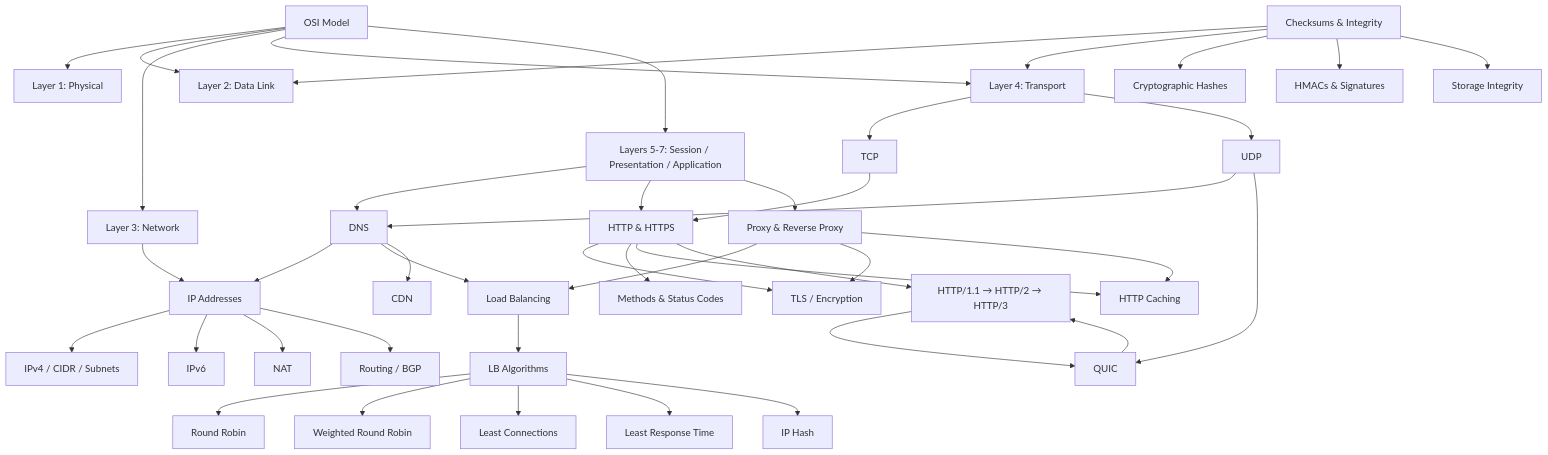
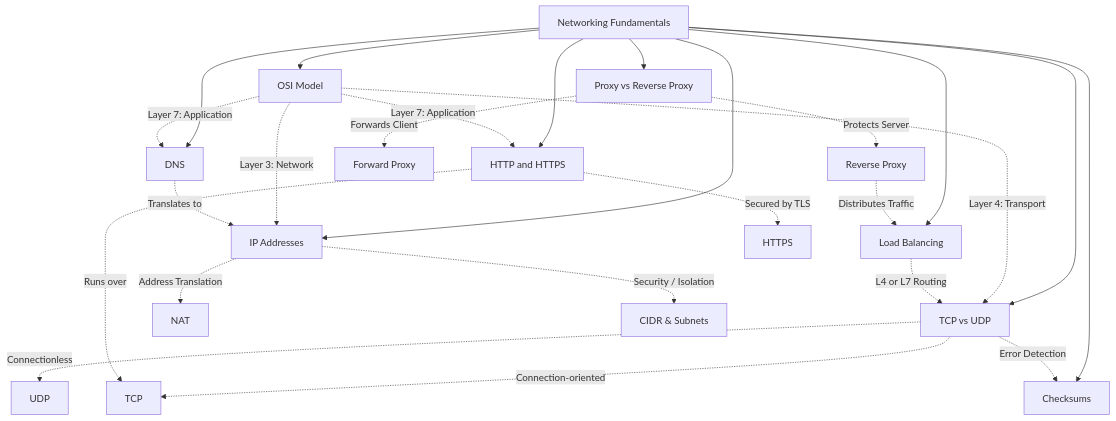
One commit to async-ar15/Lab changed the diagram in HLD/Theory/02 Networking Fundamentals/theory-super.md. Above: the diagram before and after it, drawn with Mermaid. The commit also changed other lines of this file, not shown here.

Commit message:
Add theory-super.md for 02 Networking Fundamentals

````diff
--- a/HLD/Theory/02 Networking Fundamentals/theory-super.md
+++ b/HLD/Theory/02 Networking Fundamentals/theory-super.md
@@ -5,51 +5,34 @@
 ```mermaid
 graph TB
-    OSI[OSI Model] --> L1[Layer 1: Physical]
-    OSI --> L2[Layer 2: Data Link]
-    OSI --> L3[Layer 3: Network]
-    OSI --> L4[Layer 4: Transport]
-    OSI --> L567[Layers 5-7: Session / Presentation / Application]
+    NET[Networking Fundamentals] --> OSI[OSI Model]
+    NET --> IP[IP Addresses]
+    NET --> DNS[DNS]
+    NET --> PROXY[Proxy vs Reverse Proxy]
+    NET --> HTTP[HTTP and HTTPS]
+    NET --> TRANS[TCP vs UDP]
+    NET --> LB[Load Balancing]
+    NET --> CHK[Checksums]
 
-    L3 --> IP[IP Addresses]
-    IP --> IPv4[IPv4 / CIDR / Subnets]
-    IP --> IPv6[IPv6]
-    IP --> NAT[NAT]
-    IP --> ROUTING[Routing / BGP]
+    OSI -.->|Layer 3: Network| IP
+    OSI -.->|Layer 4: Transport| TRANS
+    OSI -.->|Layer 7: Application| HTTP
+    OSI -.->|Layer 7: Application| DNS
 
-    L567 --> DNS[DNS]
-    DNS --> IP
-    DNS --> LB[Load Balancing]
-    DNS --> CDN[CDN]
+    IP -.->|Address Translation| NAT[NAT]
+    IP -.->|Security / Isolation| CIDR[CIDR & Subnets]
 
-    L567 --> HTTP[HTTP & HTTPS]
-    HTTP --> TLS[TLS / Encryption]
-    HTTP --> METHODS[Methods & Status Codes]
-    HTTP --> CACHE[HTTP Caching]
-    HTTP --> VERSIONS[HTTP/1.1 → HTTP/2 → HTTP/3]
-    VERSIONS --> QUIC[QUIC]
+    DNS -.->|Translates to| IP
 
-    L4 --> TCP[TCP]
-    L4 --> UDP[UDP]
-    TCP --> HTTP
-    UDP --> DNS
-    UDP --> QUIC
-    QUIC --> VERSIONS
+    TRANS -.->|Connection-oriented| TCP[TCP]
+    TRANS -.->|Connectionless| UDP[UDP]
+    TRANS -.->|Error Detection| CHK
 
-    L567 --> PROXY[Proxy & Reverse Proxy]
-    PROXY --> LB
-    PROXY --> TLS
-    PROXY --> CACHE
-
-    LB --> ALGOS[LB Algorithms]
-    ALGOS --> RR[Round Robin]
-    ALGOS --> WRR[Weighted Round Robin]
-    ALGOS --> LC[Least Connections]
-    ALGOS --> LRT[Least Response Time]
-    ALGOS --> IPH[IP Hash]
-
-    CHECKSUM[Checksums & Integrity] --> L2
-    CHECKSUM --> L4
-    CHECKSUM --> CRYPTO[Cryptographic Hashes]
-    CHECKSUM --> HMAC[HMACs & Signatures]
-    CHECKSUM --> STORAGE[Storage Integrity]
+    HTTP -.->|Runs over| TCP
+    HTTP -.->|Secured by TLS| HTTPS[HTTPS]
+    
+    PROXY -.->|Forwards Client| F_PROXY[Forward Proxy]
+    PROXY -.->|Protects Server| R_PROXY[Reverse Proxy]
+    
+    R_PROXY -.->|Distributes Traffic| LB
+    LB -.->|L4 or L7 Routing| TRANS
 ```
````
